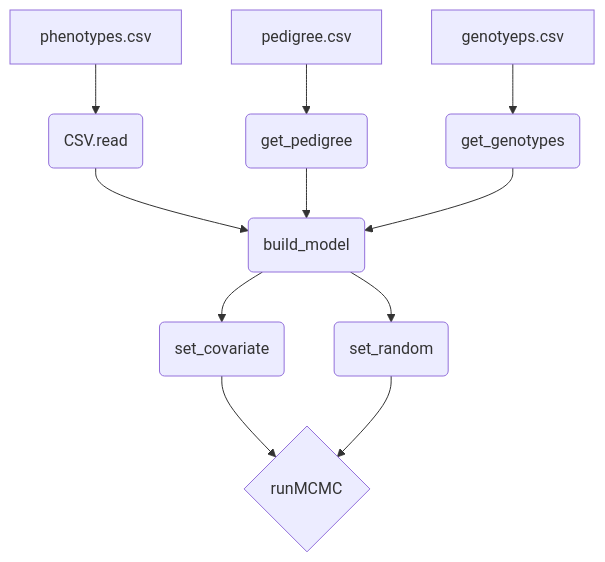
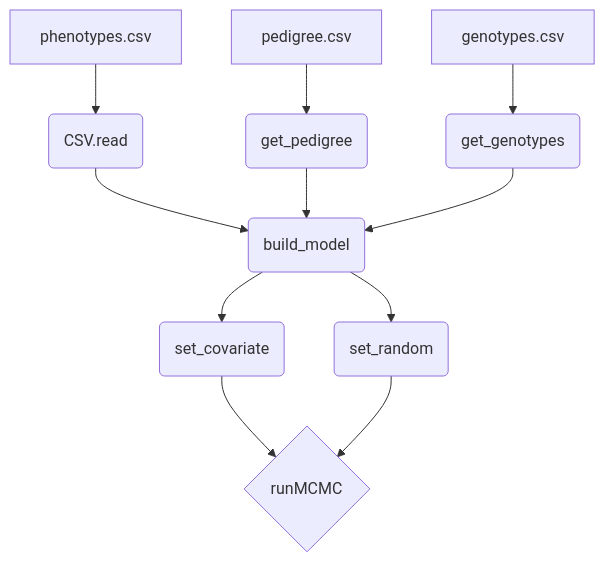
One commit to reworkhow/JWAS.jl changed the diagram in README.md. Above: the diagram before and after it, drawn with Mermaid.

````diff
--- a/README.md
+++ b/README.md
@@ -22,10 +22,10 @@
 ```mermaid
   flowchart TD;
       A["phenotypes.csv"] --> A2(CSV.read) --> D(build_model)
       B["pedigree.csv"] --> B2(get_pedigree) --> D(build_model)
-      C["genotyeps.csv"] --> C2(get_genotypes) --> D(build_model)
+      C["genotypes.csv"] --> C2(get_genotypes) --> D(build_model)
       D --> E(set_covariate);
       D --> F(set_random);
       E --> H{runMCMC}
       F --> H
 ```
````
